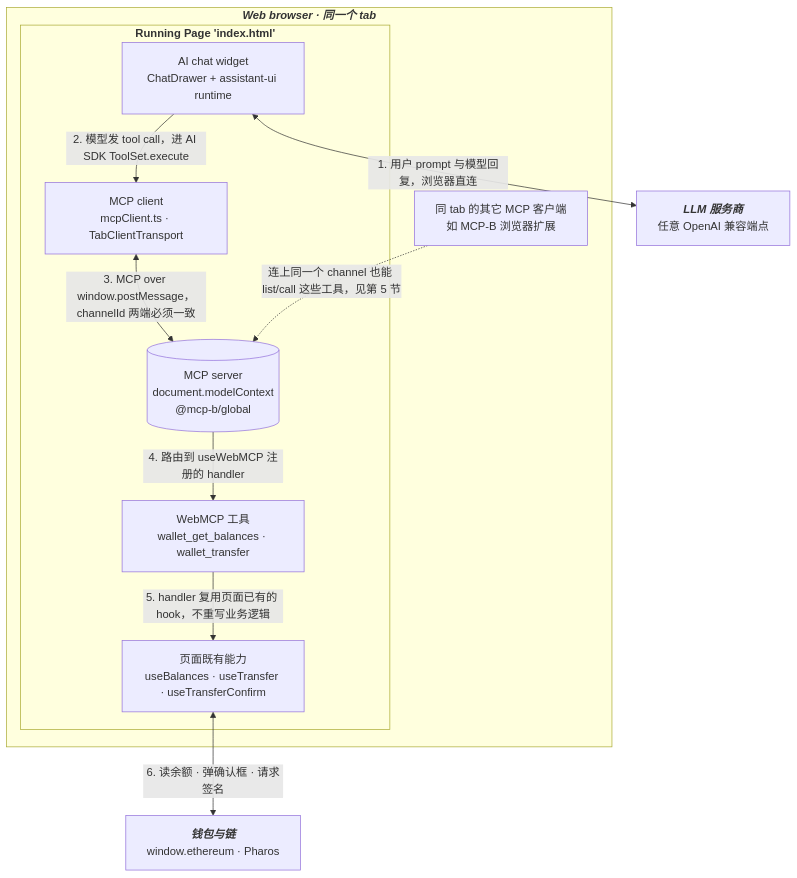
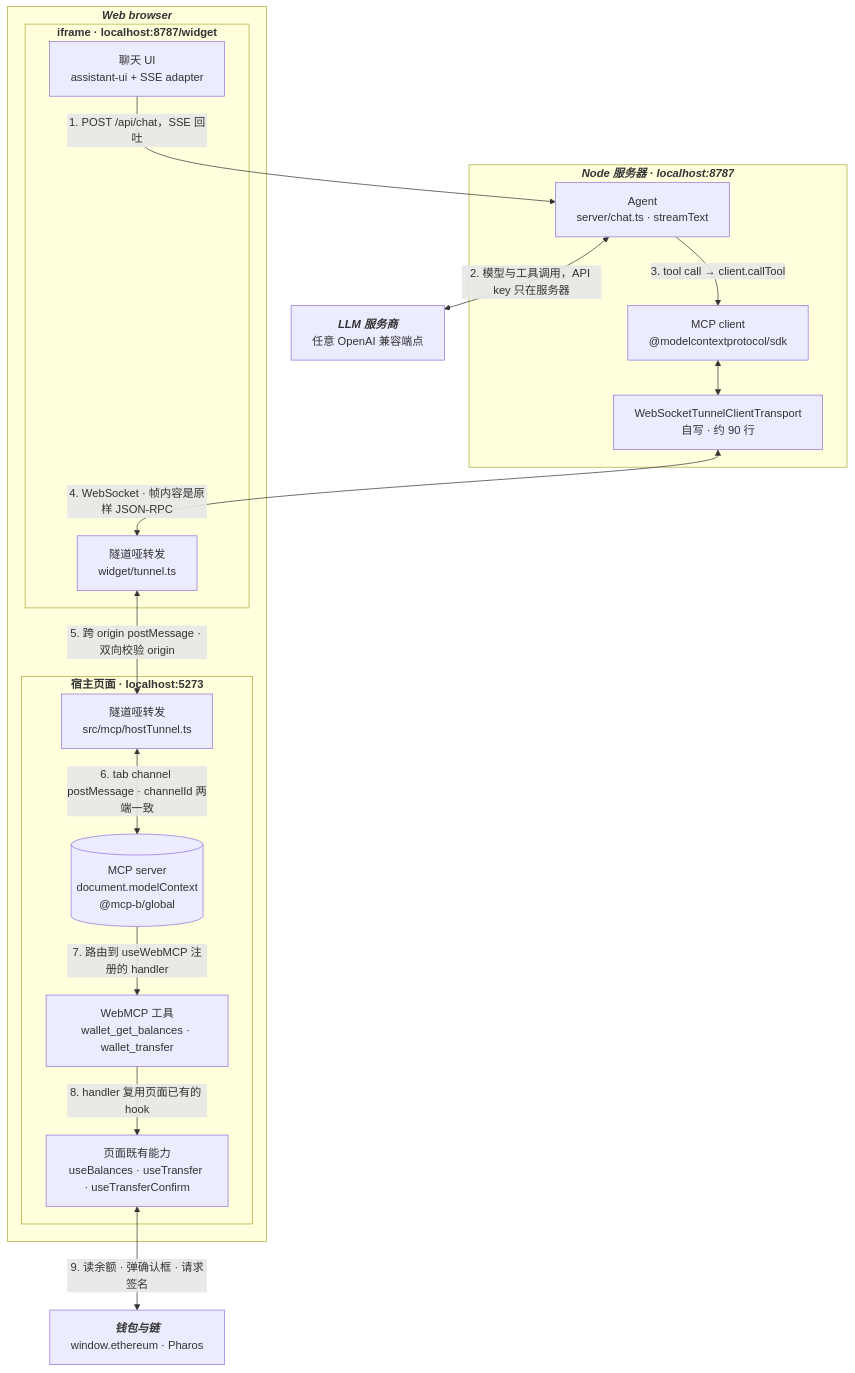
The first of 2 diagrams in README.md (jason-pharos/webmcp-demo), drawn with Mermaid before and after one commit. The commit also changed other lines of this file, not shown here.

````diff
--- a/README.md
+++ b/README.md
@@ -33,25 +34,36 @@
 ```mermaid
 graph TD
     LLM["<b><i>LLM 服务商</i></b><br>任意 OpenAI 兼容端点"]
 
-    subgraph WB["<b><i>Web browser · 同一个 tab</i></b>"]
-        subgraph RP["<b>Running Page 'index.html'</b>"]
-            CW["AI chat widget<br>ChatDrawer + assistant-ui runtime"]
-            CL["MCP client<br>mcpClient.ts · TabClientTransport"]
+    subgraph SRV["<b><i>Node 服务器 · localhost:8787</i></b>"]
+        AG["Agent<br>server/chat.ts · streamText"]
+        MC["MCP client<br>@modelcontextprotocol/sdk"]
+        WT["WebSocketTunnelClientTransport<br>自写 · 约 90 行"]
+    end
+
+    subgraph WB["<b><i>Web browser</i></b>"]
+        subgraph WG["<b>iframe · localhost:8787/widget</b>"]
+            UI["聊天 UI<br>assistant-ui + SSE adapter"]
+            WTUN["隧道哑转发<br>widget/tunnel.ts"]
+        end
+        subgraph RP["<b>宿主页面 · localhost:5273</b>"]
+            HTUN["隧道哑转发<br>src/mcp/hostTunnel.ts"]
             SV[("MCP server<br>document.modelContext<br>@mcp-b/global")]
             WMCP["WebMCP 工具<br>wallet_get_balances · wallet_transfer"]
             BIZ["页面既有能力<br>useBalances · useTransfer · useTransferConfirm"]
         end
-        EXT["同 tab 的其它 MCP 客户端<br>如 MCP-B 浏览器扩展"]
     end
 
     CHAIN["<b><i>钱包与链</i></b><br>window.ethereum · Pharos"]
 
-    CW <-->|"1. 用户 prompt 与模型回复，浏览器直连"| LLM
-    CW -->|"2. 模型发 tool call，进 AI SDK ToolSet.execute"| CL
-    CL <-->|"3. MCP over window.postMessage，channelId 两端必须一致"| SV
-    SV -->|"4. 路由到 useWebMCP 注册的 handler"| WMCP
-    WMCP -->|"5. handler 复用页面已有的 hook，不重写业务逻辑"| BIZ
-    BIZ <-->|"6. 读余额 · 弹确认框 · 请求签名"| CHAIN
-    EXT -.->|"连上同一个 channel 也能 list/call 这些工具，见第 5 节"| SV
+    UI -->|"1. POST /api/chat，SSE 回吐"| AG
+    AG <-->|"2. 模型与工具调用，API key 只在服务器"| LLM
+    AG -->|"3. tool call → client.callTool"| MC
+    MC <--> WT
+    WT <-->|"4. WebSocket · 帧内容是原样 JSON-RPC"| WTUN
+    WTUN <-->|"5. 跨 origin postMessage · 双向校验 origin"| HTUN
+    HTUN <-->|"6. tab channel postMessage · channelId 两端一致"| SV
+    SV -->|"7. 路由到 useWebMCP 注册的 handler"| WMCP
+    WMCP -->|"8. handler 复用页面已有的 hook"| BIZ
+    BIZ <-->|"9. 读余额 · 弹确认框 · 请求签名"| CHAIN
 ```
````
